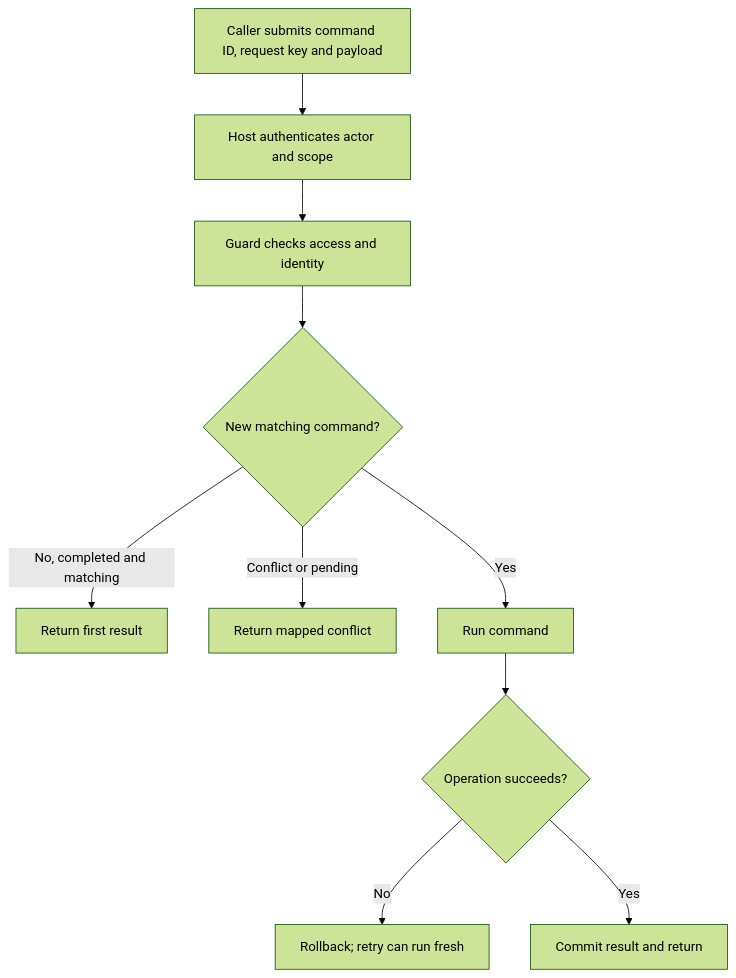
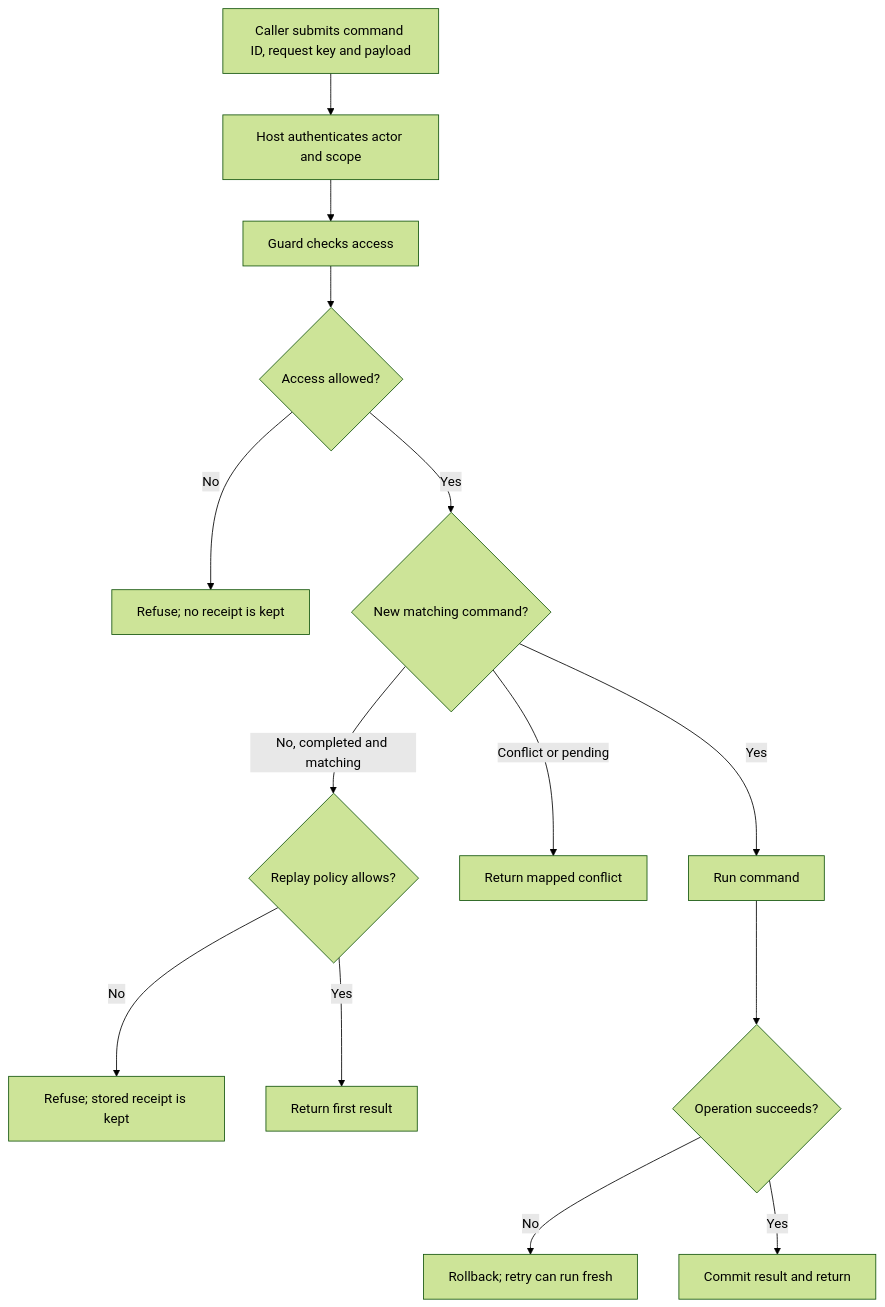
The first of 2 diagrams in user-stories/US-GUARD-01-execute-command.md (Kevinjohn/oss-adonisjs-duplicate-request-guard), drawn with Mermaid (forest theme) before and after one commit. The commit also changed other lines of this file and 6 other files, not shown here.

````diff
--- a/user-stories/US-GUARD-01-execute-command.md
+++ b/user-stories/US-GUARD-01-execute-command.md
@@ -29,12 +29,16 @@
 ```mermaid
 flowchart TD
     A["Caller submits command ID, request key and payload"] --> B["Host authenticates actor and scope"]
-    B --> C["Guard checks access and identity"]
-    C --> D{"New matching command?"}
-    D -->|No, completed and matching| E["Return first result"]
+    B --> C["Guard checks access"]
+    C --> C2{"Access allowed?"}
+    C2 -->|No| C3["Refuse; no receipt is kept"]
+    C2 -->|Yes| D{"New matching command?"}
+    D -->|No, completed and matching| R{"Replay policy allows?"}
+    R -->|No| R2["Refuse; stored receipt is kept"]
+    R -->|Yes| E["Return first result"]
     D -->|Conflict or pending| F["Return mapped conflict"]
     D -->|Yes| G["Run command"]
     G --> H{"Operation succeeds?"}
     H -->|No| I["Rollback; retry can run fresh"]
     H -->|Yes| J["Commit result and return"]
 ```
````
